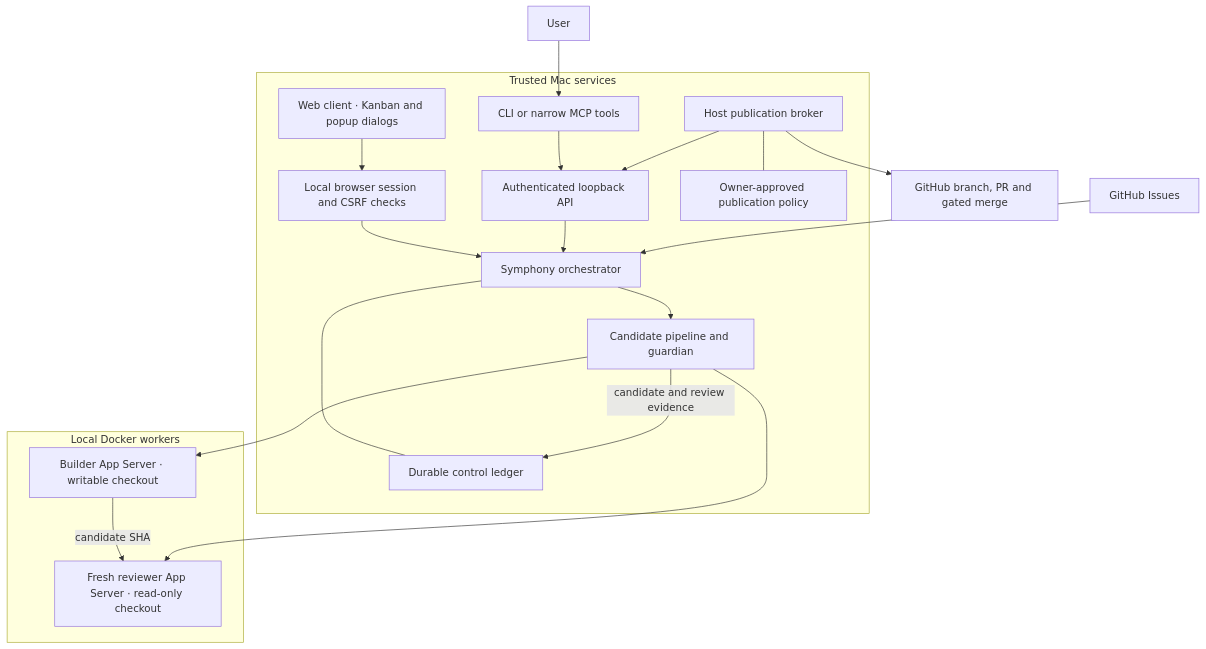
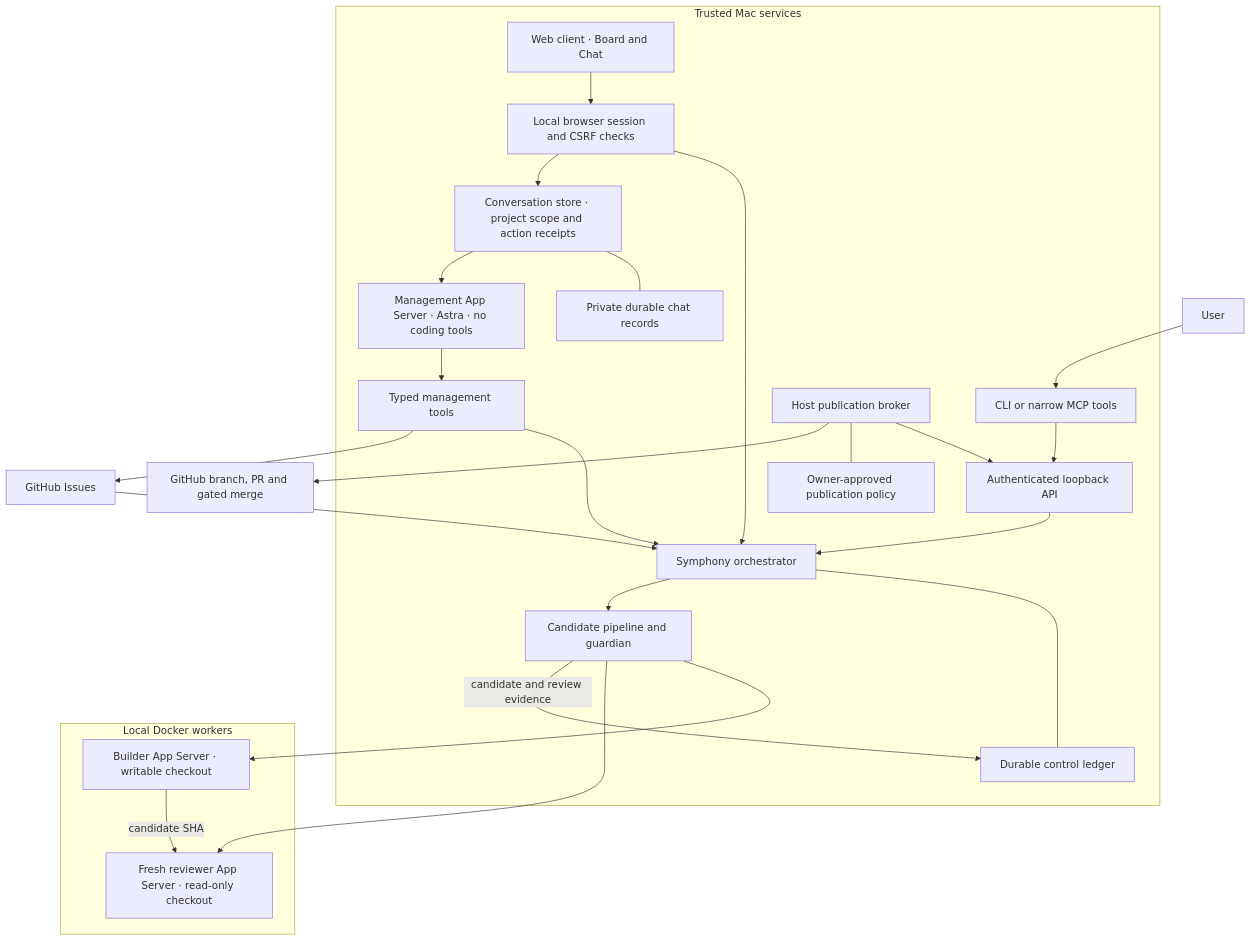
The diagram in ARCHITECTURE.md (iliazlobin/symphony), drawn with Mermaid before and after one commit. The commit also changed other lines of this file and 12 other files, not shown here.

Commit message:
Complete management chat recovery checks and operator guide

````diff
--- a/ARCHITECTURE.md
+++ b/ARCHITECTURE.md
@@ -12,24 +12,30 @@
 ```mermaid
 flowchart TB
   User["User"] --> Client["CLI or narrow MCP tools"]
   subgraph Mac["Trusted Mac services"]
-    Web["Web client · Kanban and popup dialogs"] --> Browser["Local browser session and CSRF checks"]
+    Web["Web client · Board and Chat"] --> Browser["Local browser session and CSRF checks"]
     Browser --> Scheduler
+    Browser --> Chat["Conversation store · project scope and action receipts"]
+    Chat --- History["Private durable chat records"]
+    Chat --> Runtime["Management App Server · Astra · no coding tools"]
+    Runtime --> Tools["Typed management tools"]
+    Tools --> Scheduler
     Client --> API["Authenticated loopback API"]
     API --> Scheduler["Symphony orchestrator"]
     Scheduler --- Ledger["Durable control ledger"]
     Scheduler --> Pipeline["Candidate pipeline and guardian"]
     Broker["Host publication broker"] --> API
     Broker --- Policy["Owner-approved publication policy"]
   end
   subgraph Docker["Local Docker workers"]
     Builder["Builder App Server · writable checkout"]
     Reviewer["Fresh reviewer App Server · read-only checkout"]
     Builder -->|"candidate SHA"| Reviewer
   end
   GitHub["GitHub Issues"] --> Scheduler
+  Tools --> GitHub
   Pipeline --> Builder
   Pipeline --> Reviewer
   Pipeline -->|"candidate and review evidence"| Ledger
   Broker --> PR["GitHub branch, PR and gated merge"]
 ```
````
